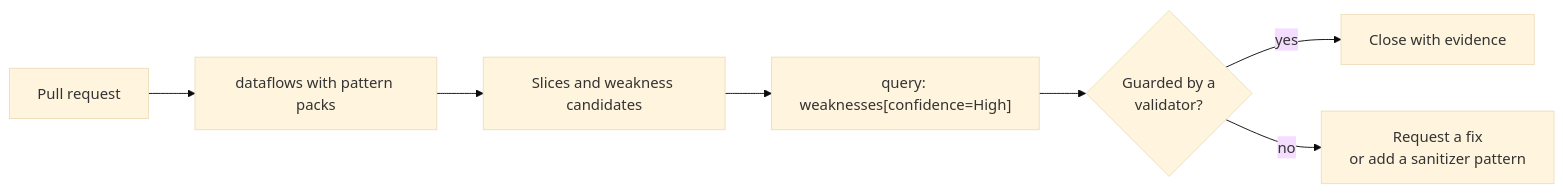
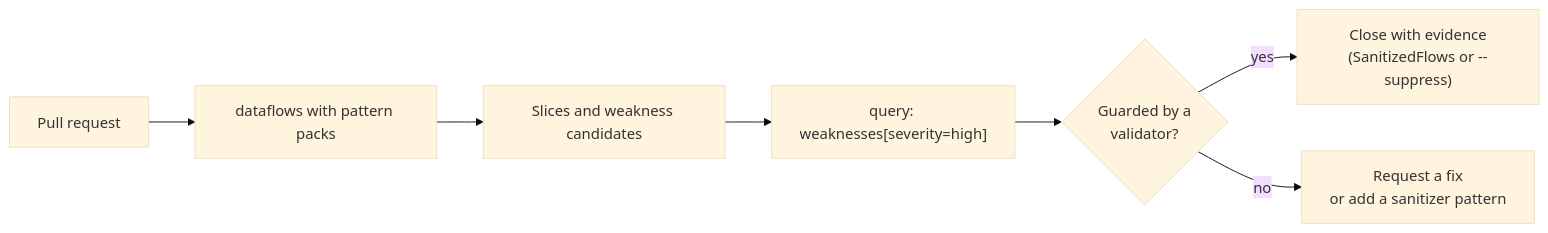
Before and after one commit to owasp-dep-scan/dosai: the first of 4 diagrams in docs/USE_CASES.md, drawn with Mermaid (base theme). The commit also changed other lines of this file and 74 other files, not shown here.

Commit message:
Update docs, lessons, and code comments for schema 4.1.0 feature set (#50)

````diff
--- a/docs/USE_CASES.md
+++ b/docs/USE_CASES.md
@@ -9,9 +9,9 @@
 ```mermaid
 flowchart LR
     PR["Pull request"] --> Run["dataflows with pattern packs"]
     Run --> Slices["Slices and weakness candidates"]
-    Slices --> Query["query: weaknesses[confidence=High]"]
+    Slices --> Query["query: weaknesses[severity=high]"]
     Query --> Review{"Guarded by a<br/>validator?"}
-    Review -->|"yes"| Close["Close with evidence"]
+    Review -->|"yes"| Close["Close with evidence<br/>(SanitizedFlows or --suppress)"]
     Review -->|"no"| Fix["Request a fix<br/>or add a sanitizer pattern"]
 ```
````
